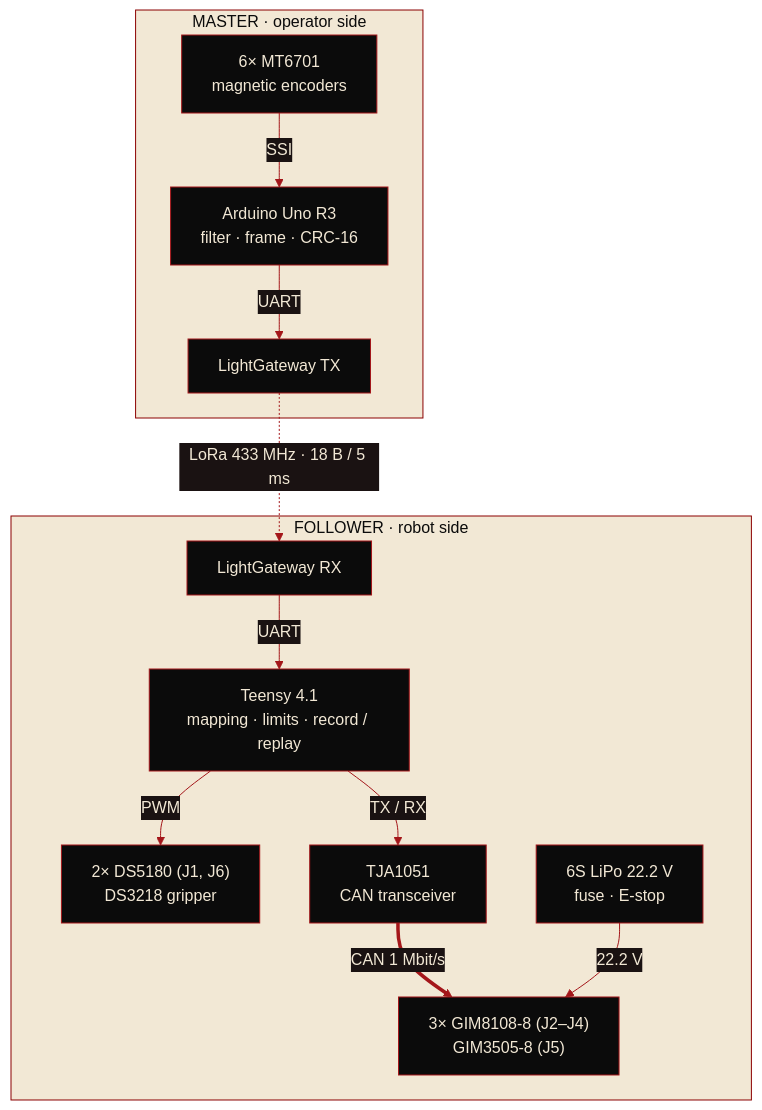
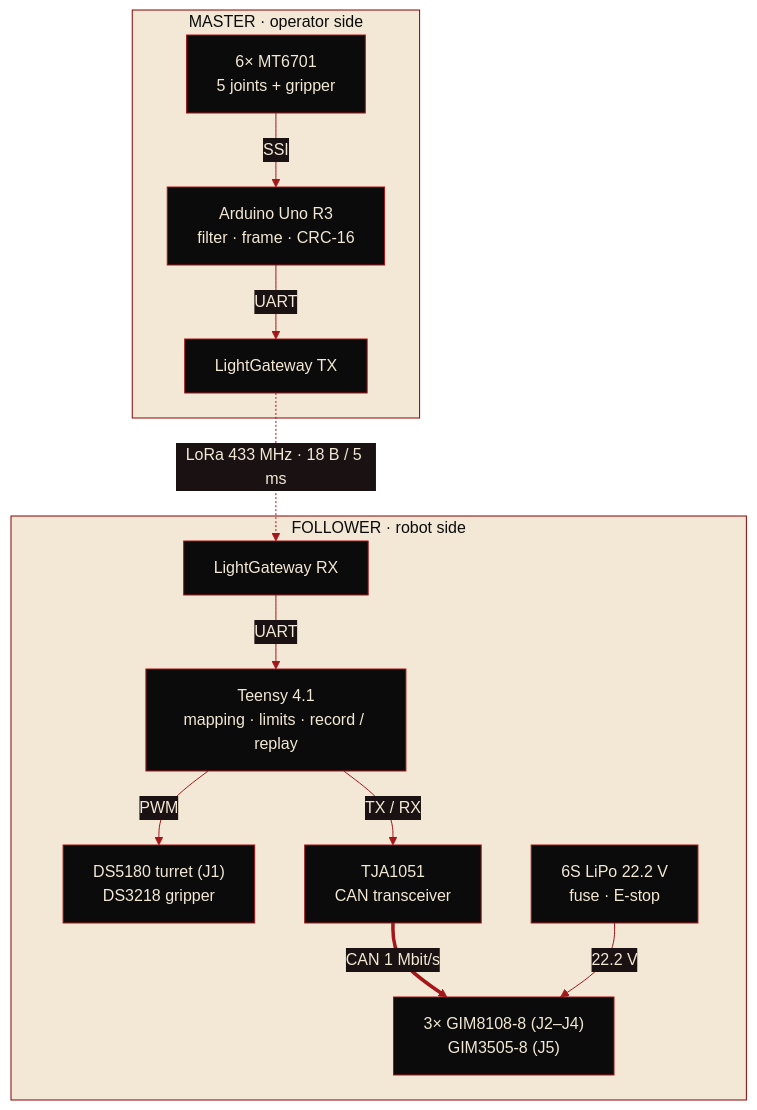
One commit to RoboBadgersRomania/TwinArm changed the first of 4 diagrams in README.md. Above: the diagram before and after it, drawn with Mermaid. The commit also changed other lines of this file and 1 other file, not shown here.

First line of the commit message:
README: the arm is 5 DOF + gripper as built

````diff
--- a/README.md
+++ b/README.md
@@ -81,16 +81,16 @@
 ```mermaid
 %%{init: {"theme": "base", "themeVariables": {"fontFamily": "Segoe UI, Helvetica, Arial, sans-serif", "primaryColor": "#0B0B0B", "primaryTextColor": "#F2E8D5", "primaryBorderColor": "#A4161A", "lineColor": "#A4161A", "textColor": "#F2E8D5", "edgeLabelBackground": "#1A1212", "clusterBkg": "#F2E8D5", "clusterBorder": "#8B0000", "titleColor": "#0B0B0B"}}}%%
 flowchart TB
   subgraph MASTER["MASTER · operator side"]
-    ENC["6× MT6701<br/>magnetic encoders"] -- SSI --> UNO["Arduino Uno R3<br/>filter · frame · CRC-16"]
+    ENC["6× MT6701<br/>5 joints + gripper"] -- SSI --> UNO["Arduino Uno R3<br/>filter · frame · CRC-16"]
     UNO -- UART --> TX["LightGateway TX"]
   end
   TX -. "LoRa 433 MHz · 18 B / 5 ms" .-> RX
   subgraph FOLLOWER["FOLLOWER · robot side"]
     RX["LightGateway RX"] -- UART --> T41["Teensy 4.1<br/>mapping · limits · record / replay"]
-    T41 -- PWM --> SRV["2× DS5180 (J1, J6)<br/>DS3218 gripper"]
+    T41 -- PWM --> SRV["DS5180 turret (J1)<br/>DS3218 gripper"]
     T41 -- "TX / RX" --> XCVR["TJA1051<br/>CAN transceiver"]
     XCVR == "CAN 1 Mbit/s" ==> ACT["3× GIM8108-8 (J2–J4)<br/>GIM3505-8 (J5)"]
     BAT["6S LiPo 22.2 V<br/>fuse · E-stop"] -- "22.2 V" --> ACT
   end
 ```
````
